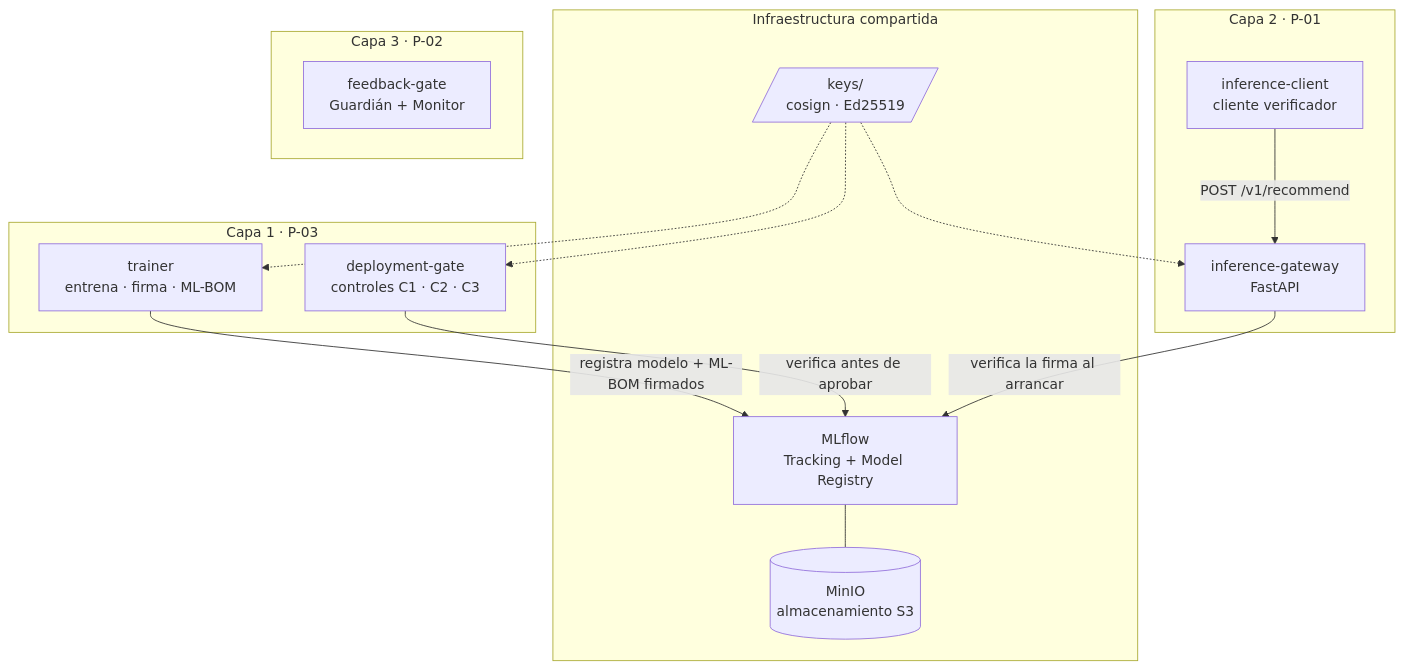
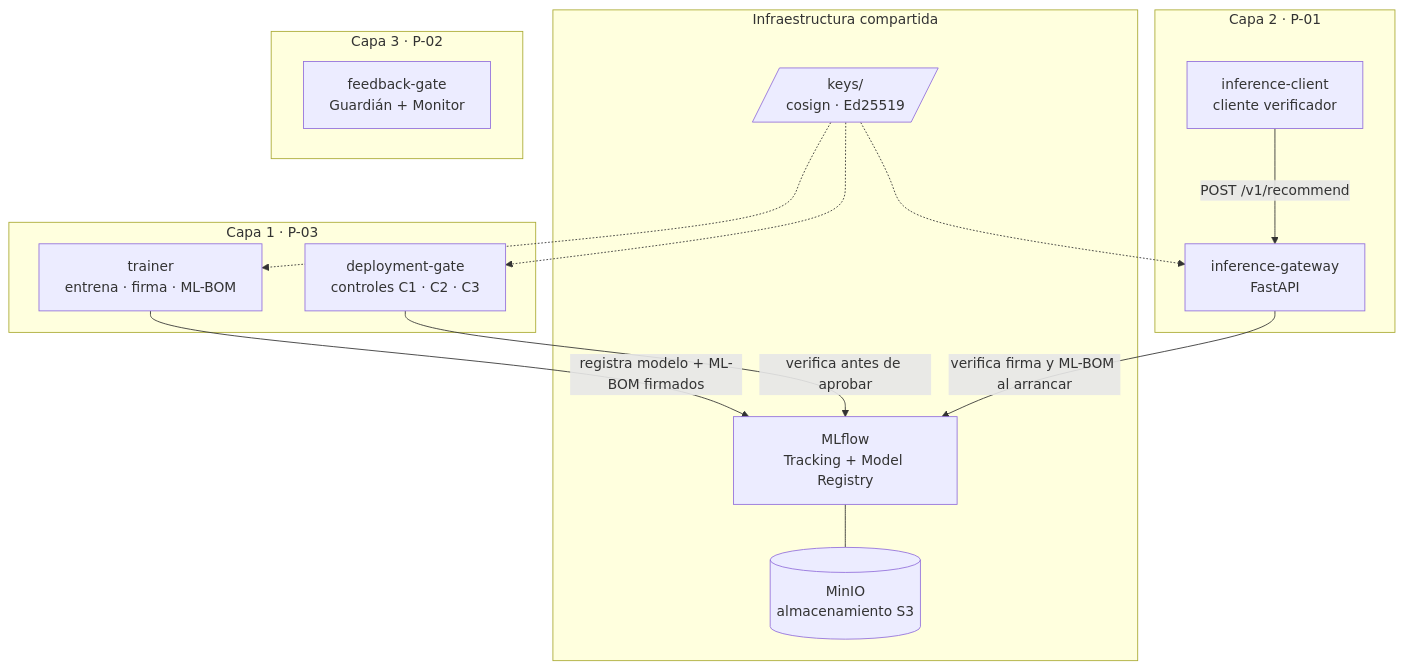
Before and after one commit to nromeron/Prototipo-RecoShop: the second of 4 diagrams in README.md, drawn with Mermaid. The commit also changed other lines of this file and 15 other files, not shown here.

Commit message:
Pasarela: endurecimiento cruzado y verificación del ML-BOM al arrancar; frontera de amplitud en la Capa 3

````diff
--- a/README.md
+++ b/README.md
@@ -84,31 +84,31 @@
 ```mermaid
 flowchart TB
     subgraph INFRA["Infraestructura compartida"]
         MINIO[("MinIO<br/>almacenamiento S3")]
         MLFLOW["MLflow<br/>Tracking + Model Registry"]
         KEYS[/"keys/<br/>cosign · Ed25519"/]
         MLFLOW --- MINIO
     end
 
     subgraph L1["Capa 1 · P-03"]
         TRAINER["trainer<br/>entrena · firma · ML-BOM"]
         GATE["deployment-gate<br/>controles C1 · C2 · C3"]
     end
 
     subgraph L2["Capa 2 · P-01"]
         GW["inference-gateway<br/>FastAPI"]
         CLIENT["inference-client<br/>cliente verificador"]
     end
 
     subgraph L3["Capa 3 · P-02"]
         FB["feedback-gate<br/>Guardián + Monitor"]
     end
 
     TRAINER -- "registra modelo + ML-BOM firmados" --> MLFLOW
     GATE -- "verifica antes de aprobar" --> MLFLOW
-    GW -- "verifica la firma al arrancar" --> MLFLOW
+    GW -- "verifica firma y ML-BOM al arrancar" --> MLFLOW
     CLIENT -- "POST /v1/recommend" --> GW
     KEYS -.-> TRAINER
     KEYS -.-> GATE
     KEYS -.-> GW
 ```
````
